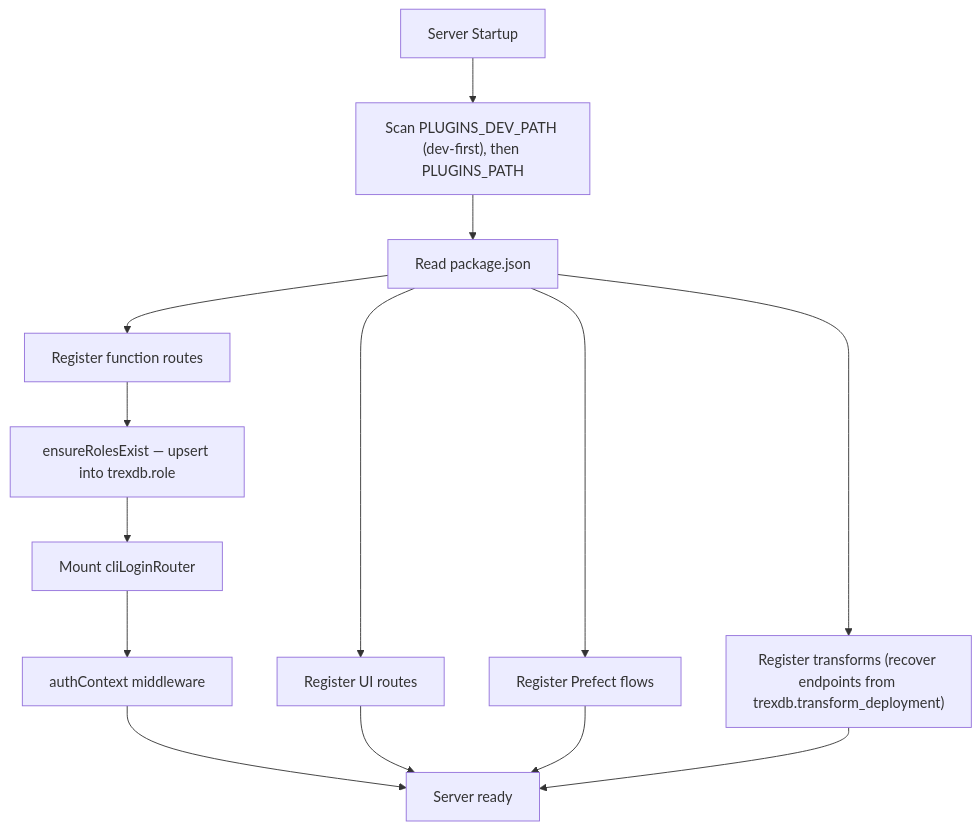
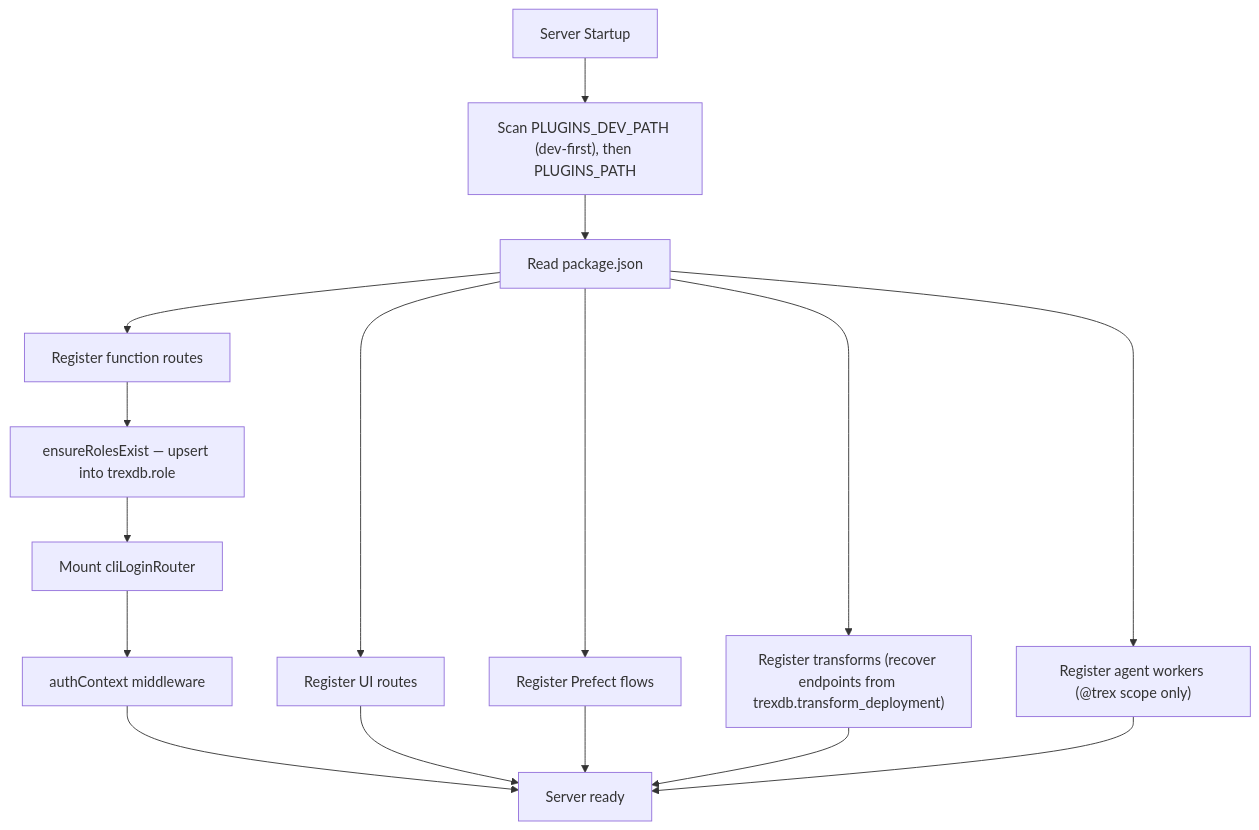
The diagram in plugins/docs/docs/plugins/overview.md (OHDSI/trex), drawn with Mermaid before and after one commit. The commit also changed other lines of this file and 4 other files, not shown here.

First line of the commit message:
docs: add agent plugin type reference and update plugin-type diagrams

````diff
--- a/plugins/docs/docs/plugins/overview.md
+++ b/plugins/docs/docs/plugins/overview.md
@@ -22,16 +23,18 @@
 ```mermaid
 flowchart TD
     Startup["Server Startup"] --> Scan["Scan PLUGINS_DEV_PATH (dev-first), then PLUGINS_PATH"]
     Scan --> ReadPkg["Read package.json"]
     ReadPkg --> RegFn["Register function routes"]
     ReadPkg --> RegUI["Register UI routes"]
     ReadPkg --> RegFlow["Register Prefect flows"]
     ReadPkg --> RegTx["Register transforms (recover endpoints from trexdb.transform_deployment)"]
+    ReadPkg --> RegAgent["Register agent workers (@trex scope only)"]
     RegFn --> EnsureRoles["ensureRolesExist — upsert into trexdb.role"]
     EnsureRoles --> CliLogin["Mount cliLoginRouter"]
     CliLogin --> AuthCtx["authContext middleware"]
     AuthCtx --> Ready["Server ready"]
     RegUI --> Ready
     RegFlow --> Ready
     RegTx --> Ready
+    RegAgent --> Ready
 ```
````
